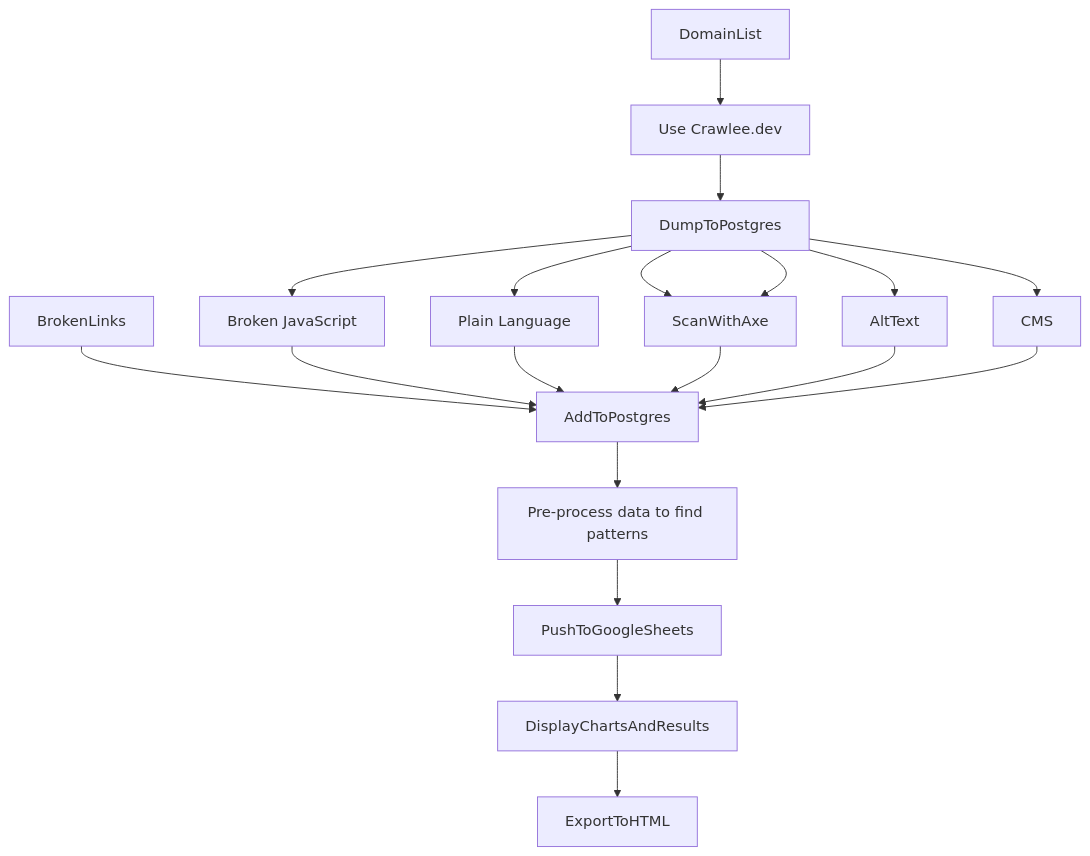
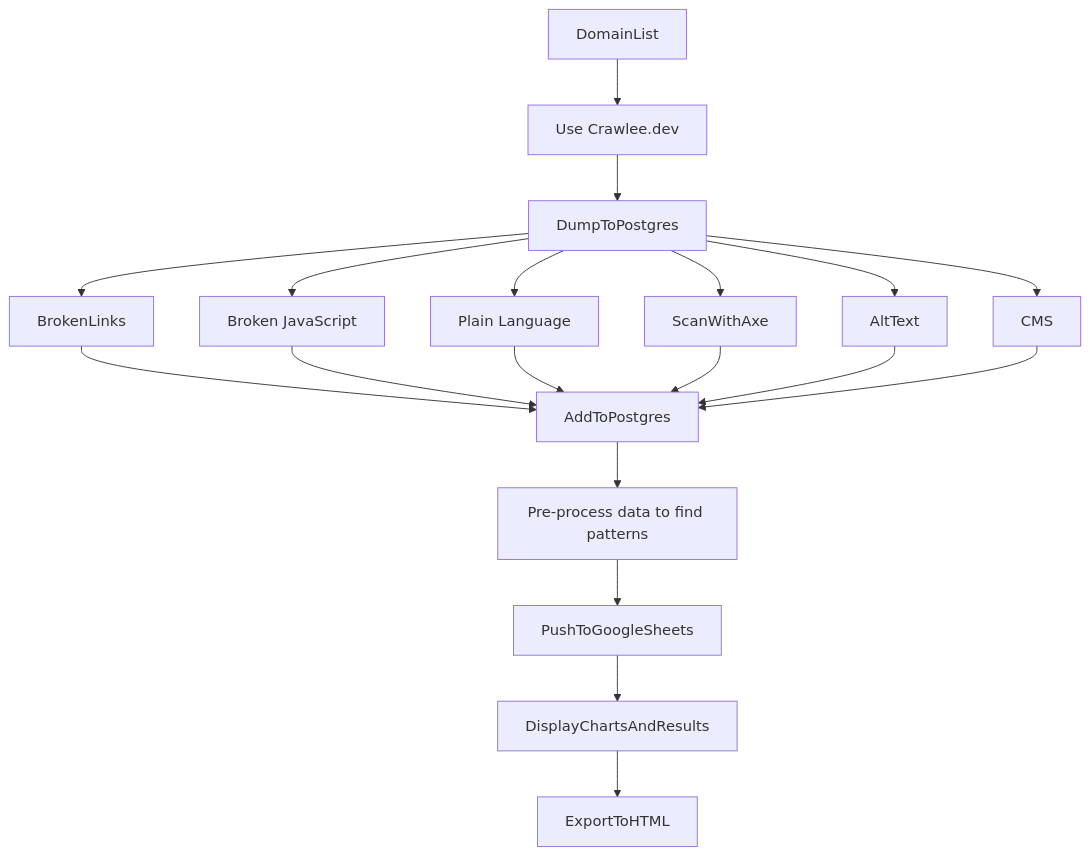
One commit to mgifford/mermaid-graphs changed the first of 2 diagrams in a11y-data-crawls.md. Above: the diagram before and after it, drawn with Mermaid.

````diff
--- a/a11y-data-crawls.md
+++ b/a11y-data-crawls.md
@@ -5,21 +5,21 @@
 ```mermaid
 graph TD
     DomainList-->Crawl4URLs;
     Crawl4URLs[Use Crawlee.dev]-->DumpToPostgres;
     DumpToPostgres-->ScanWithAxe;
     DumpToPostgres-->ScanWithPlainLanguage[Plain Language];
     DumpToPostgres-->Wappalyzer[CMS];
     DumpToPostgres-->BrokenJavaScript[Broken JavaScript];
-    DumpToPostgres-->ScanWithAxe;
     DumpToPostgres-->AltText;
+    DumpToPostgres-->BrokenLinks;
     BrokenLinks-->AddToPostgres;
     BrokenJavaScript-->AddToPostgres;
     ScanWithPlainLanguage-->AddToPostgres;
     ScanWithAxe-->AddToPostgres;
     AltText-->AddToPostgres;
     Wappalyzer-->AddToPostgres;
-    AddToPostgres-->AggregateData["Pre-process data to find patterns"]
+    AddToPostgres-->AggregateData["Pre-process data to find patterns"];
     AggregateData-->PushToGoogleSheets;
     PushToGoogleSheets-->DisplayChartsAndResults;
     DisplayChartsAndResults-->ExportToHTML;
 ```
````
